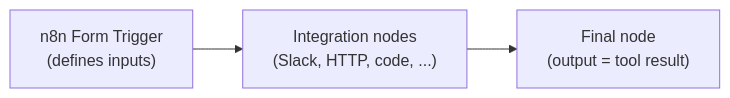
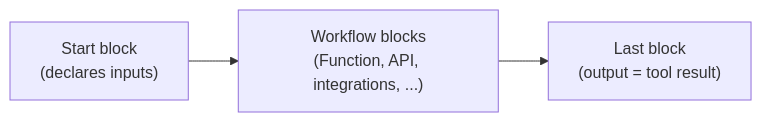
The diagram in docs/guides/tools-workflows.md (Center-for-AI-Innovation/Illinois-Chat), drawn with Mermaid before and after one commit. The commit also changed other lines of this file and 7 other files, not shown here.

````diff
--- a/docs/guides/tools-workflows.md
+++ b/docs/guides/tools-workflows.md
@@ -22,5 +27,5 @@
 ```mermaid
 flowchart LR
-    A["n8n Form Trigger<br/>(defines inputs)"] --> B["Integration nodes<br/>(Slack, HTTP, code, ...)"]
-    B --> C["Final node<br/>(output = tool result)"]
+    A["Start block<br/>(declares inputs)"] --> B["Workflow blocks<br/>(Function, API, integrations, ...)"]
+    B --> C["Last block<br/>(output = tool result)"]
 ```
````
